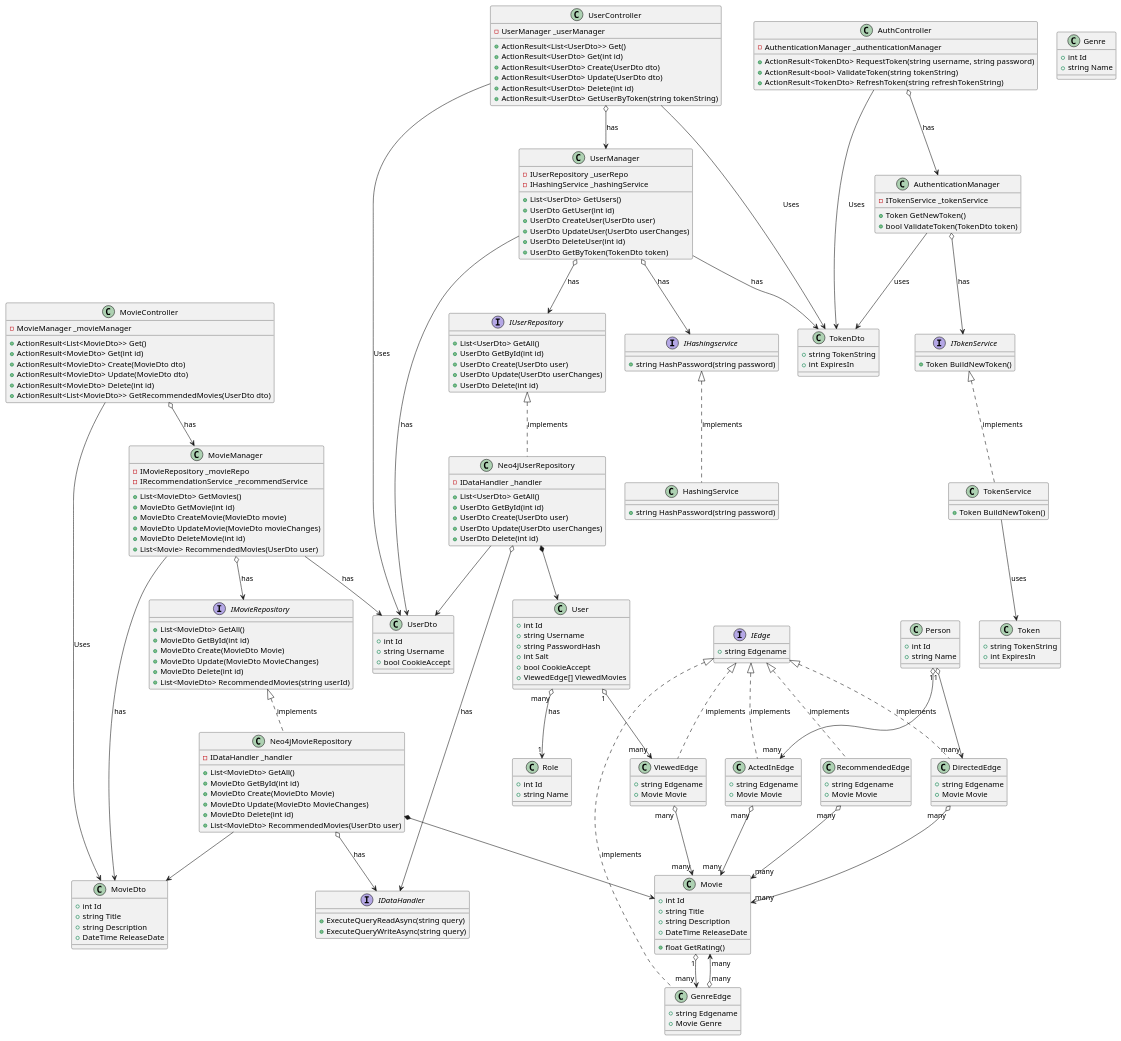
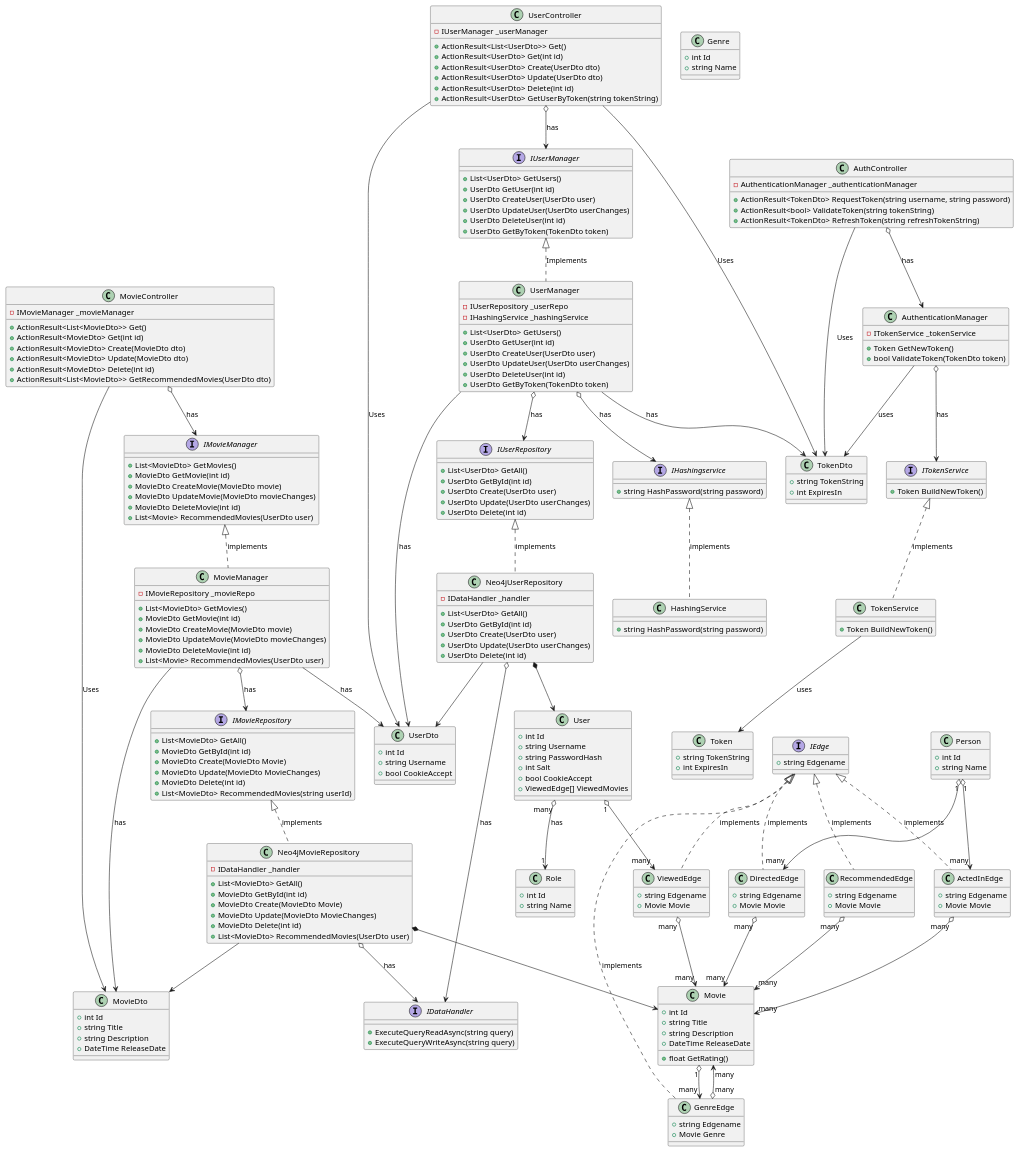
Before and after one commit to HovaUseles/GraphFlix: the diagram in Diagrams/class.puml, drawn with PlantUML. The commit also changed 7 other files, not shown here.

```diff
--- a/Diagrams/class.puml
+++ b/Diagrams/class.puml
@@ -17,7 +17,7 @@
 }
 
 class UserController {
-    -UserManager _userManager
+    -IUserManager _userManager
     +ActionResult<List<UserDto>> Get()
     +ActionResult<UserDto> Get(int id)
     +ActionResult<UserDto> Create(UserDto dto)
@@ -27,10 +27,10 @@
 }
 UserController --> UserDto : Uses
 UserController --> TokenDto : Uses
-UserController o--> UserManager : has
+UserController o--> IUserManager : has
 
 class MovieController {
-    -MovieManager _movieManager
+    -IMovieManager _movieManager
     +ActionResult<List<MovieDto>> Get()
     +ActionResult<MovieDto> Get(int id)
     +ActionResult<MovieDto> Create(MovieDto dto)
@@ -39,7 +39,7 @@
     +ActionResult<List<MovieDto>> GetRecommendedMovies(UserDto dto)
 }
 MovieController --> MovieDto : Uses
-MovieController o--> MovieManager : has
+MovieController o--> IMovieManager : has
 
 class AuthController {
     -AuthenticationManager _authenticationManager
@@ -49,6 +49,15 @@
 }
 AuthController --> TokenDto : Uses
 AuthController o--> AuthenticationManager : has
+
+interface "IUserManager" as IUserManager {
+    +List<UserDto> GetUsers()
+    +UserDto GetUser(int id)
+    +UserDto CreateUser(UserDto user)
+    +UserDto UpdateUser(UserDto userChanges)
+    +UserDto DeleteUser(int id)
+    +UserDto GetByToken(TokenDto token)
+}
 
 class UserManager {
     -IUserRepository _userRepo
@@ -60,14 +69,13 @@
     +UserDto DeleteUser(int id)
     +UserDto GetByToken(TokenDto token)
 }
+IUserManager <|.. UserManager : Implements
 UserManager --> UserDto : has
 UserManager --> TokenDto : has
 UserManager o--> IHashingService : has
 UserManager o--> IUserRepository : has
 
-class MovieManager {
-    -IMovieRepository _movieRepo
-    -IRecommendationService _recommendService
+Interface "IMovieManager" as IMovieManager {
     +List<MovieDto> GetMovies()
     +MovieDto GetMovie(int id)
     +MovieDto CreateMovie(MovieDto movie)
@@ -75,6 +83,17 @@
     +MovieDto DeleteMovie(int id)
     +List<Movie> RecommendedMovies(UserDto user)
 }
+
+class MovieManager {
+    -IMovieRepository _movieRepo
+    +List<MovieDto> GetMovies()
+    +MovieDto GetMovie(int id)
+    +MovieDto CreateMovie(MovieDto movie)
+    +MovieDto UpdateMovie(MovieDto movieChanges)
+    +MovieDto DeleteMovie(int id)
+    +List<Movie> RecommendedMovies(UserDto user)
+}
+IMovieManager <|.. MovieManager : implements
 MovieManager --> MovieDto : has
 MovieManager --> UserDto : has
 MovieManager o--> IMovieRepository : has
```
